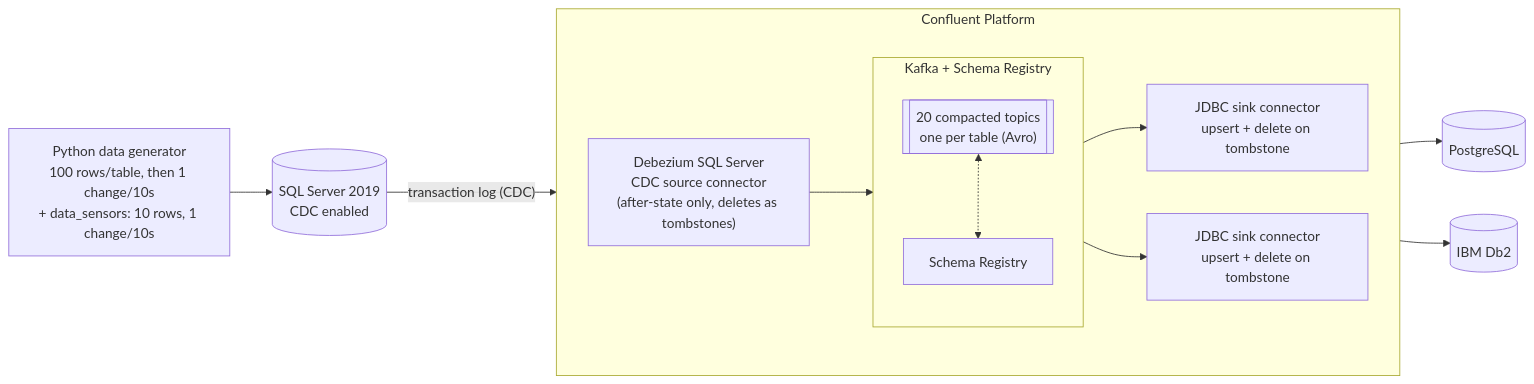
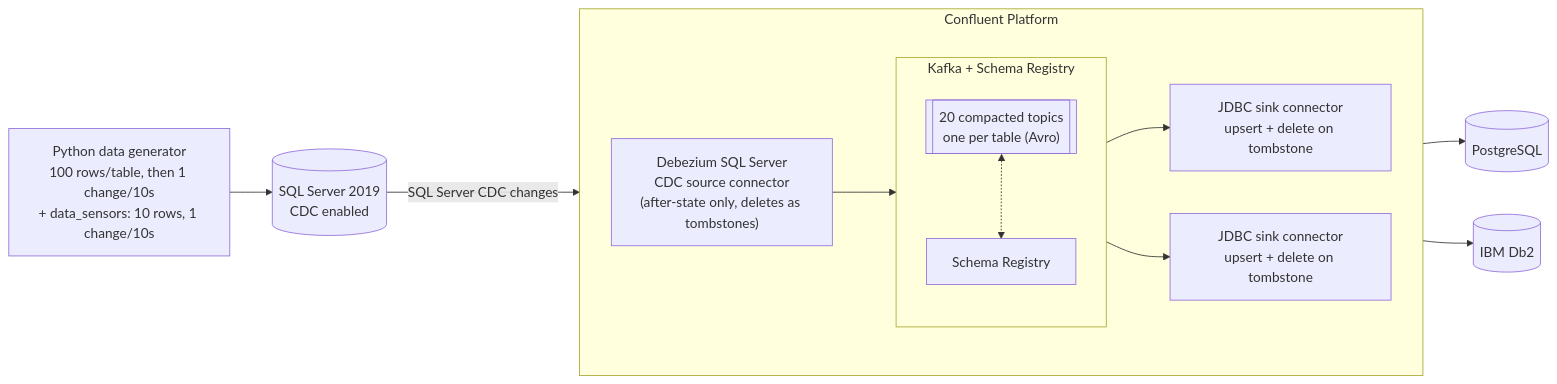
Before and after one commit to ifnesi/kafka-db-replication: the diagram in README.md, drawn with Mermaid. The commit also changed other lines of this file and 7 other files, not shown here.

First line of the commit message:
README: replication summary, architecture and screenshots

````diff
--- a/README.md
+++ b/README.md
@@ -27,24 +32,24 @@
 ```mermaid
 flowchart LR
-    GEN["Python data generator<br/>100 rows/table, then 1 change/10s<br/>+ data_sensors: 10 rows, 1 change/10s"] --> MSSQL[("SQL Server 2019<br/>CDC enabled")]
+ GEN["Python data generator<br/>100 rows/table, then 1 change/10s<br/>+ data_sensors: 10 rows, 1 change/10s"] --> MSSQL[("SQL Server 2019<br/>CDC enabled")]
 
-    subgraph CP["Confluent Platform"]
-        direction LR
-        SRC["Debezium SQL Server<br/>CDC source connector<br/>(after-state only, deletes as tombstones)"]
-        subgraph KAFKA["Kafka + Schema Registry"]
-            direction TB
-            TOPICS[["20 compacted topics<br/>one per table (Avro)"]]
-            SR["Schema Registry"]
-            TOPICS <-.-> SR
-        end
-        PGSINK["JDBC sink connector<br/>upsert + delete on tombstone"]
-        DB2SINK["JDBC sink connector<br/>upsert + delete on tombstone"]
-        SRC --> TOPICS
-        TOPICS --> PGSINK
-        TOPICS --> DB2SINK
-    end
+ subgraph CP["Confluent Platform"]
+ direction LR
+ SRC["Debezium SQL Server<br/>CDC source connector<br/>(after-state only, deletes as tombstones)"]
+ subgraph KAFKA["Kafka + Schema Registry"]
+ direction TB
+ TOPICS[["20 compacted topics<br/>one per table (Avro)"]]
+ SR["Schema Registry"]
+ TOPICS <-.-> SR
+ end
+ PGSINK["JDBC sink connector<br/>upsert + delete on tombstone"]
+ DB2SINK["JDBC sink connector<br/>upsert + delete on tombstone"]
+ SRC --> TOPICS
+ TOPICS --> PGSINK
+ TOPICS --> DB2SINK
+ end
 
-    MSSQL -->|"transaction log (CDC)"| SRC
-    PGSINK --> PG[("PostgreSQL")]
-    DB2SINK --> DB2[("IBM Db2")]
+ MSSQL -->|"SQL Server CDC changes"| SRC
+ PGSINK --> PG[("PostgreSQL")]
+ DB2SINK --> DB2[("IBM Db2")]
 ```
````
